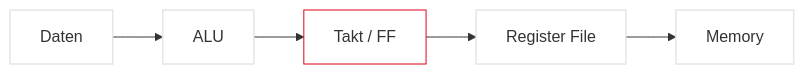
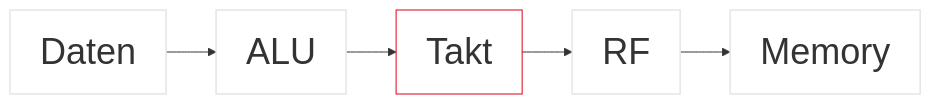
One commit to dantschi/mct1 changed the first of 38 diagrams in vorlesungen/01_kickoff.qmd. Above: the diagram before and after it, drawn with Mermaid. The commit also changed other lines of this file and 6 other files, not shown here.

First line of the commit message:
Behebe Mermaid-Lesbarkeit und Folien-Overflow im Kickoff.

````diff
--- a/vorlesungen/01_kickoff.qmd
+++ b/vorlesungen/01_kickoff.qmd
@@ -33,12 +33,10 @@
 ```{mermaid}
+%%{init: {'themeVariables': {'fontSize': '36px', 'fontFamily': 'Inter, sans-serif'}}}%%
 graph LR
-  A[Daten] --> B[ALU]
-  B --> C[Takt / FF]
-  C --> D[Register File]
-  D --> E[Memory]
+  A[Daten] --> B[ALU] --> C[Takt] --> D[RF] --> E[Memory]
+  style C fill:#FFFFFF,stroke:#E2001A,stroke-width:2px !important
   style A fill:#FFFFFF,stroke:#E5E5EA,stroke-width:1.5px
   style B fill:#FFFFFF,stroke:#E5E5EA,stroke-width:1.5px
-  style C fill:#FFFFFF,stroke:#E2001A,stroke-width:2px !important
   style D fill:#FFFFFF,stroke:#E5E5EA,stroke-width:1.5px
   style E fill:#FFFFFF,stroke:#E5E5EA,stroke-width:1.5px
 ```
````
